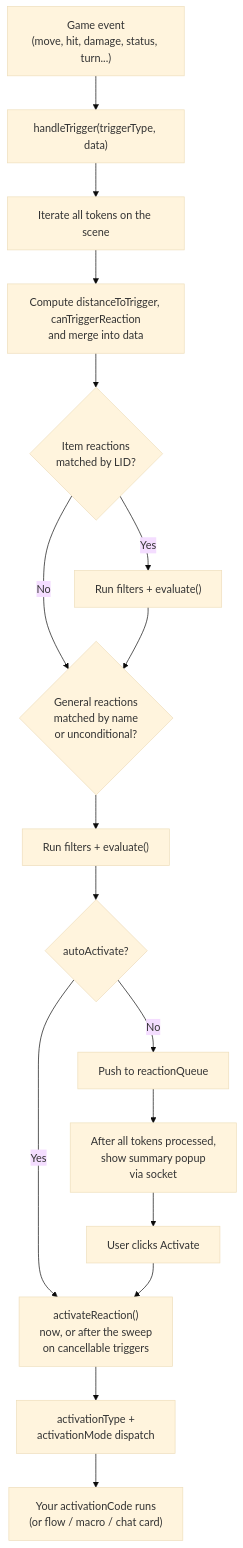
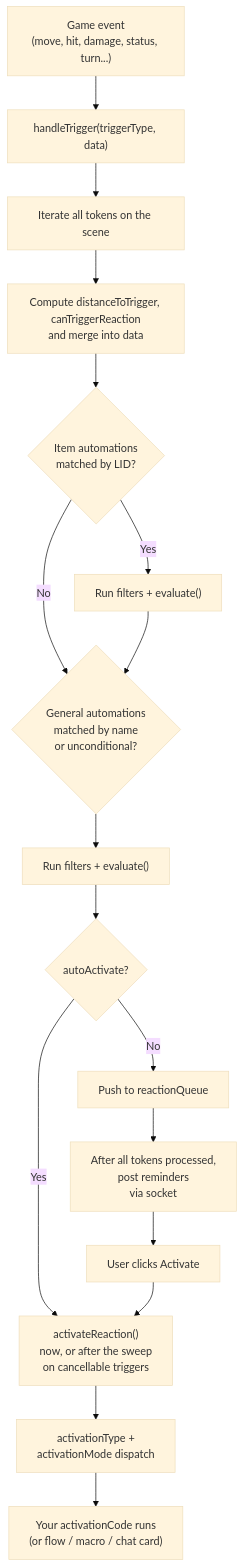
One commit to Agraael/lancer-automations changed the diagram in doc/AUTOMATION_SYSTEM.md. Above: the diagram before and after it, drawn with Mermaid (base theme). The commit also changed other lines of this file and 506 other files, not shown here.

````diff
--- a/doc/AUTOMATION_SYSTEM.md
+++ b/doc/AUTOMATION_SYSTEM.md
@@ -83,19 +64,19 @@
 ```mermaid
 flowchart TD
     A["Game event<br/>(move, hit, damage, status, turn...)"] --> B["handleTrigger(triggerType, data)"]
     B --> C["Iterate all tokens on the scene"]
     C --> D["Compute distanceToTrigger, canTriggerReaction<br/>and merge into data"]
-    D --> E{"Item reactions<br/>matched by LID?"}
+    D --> E{"Item automations<br/>matched by LID?"}
     E -- No --> G
     E -- Yes --> F["Run filters + evaluate()"]
-    F --> G{"General reactions<br/>matched by name<br/>or unconditional?"}
+    F --> G{"General automations<br/>matched by name<br/>or unconditional?"}
     G --> H["Run filters + evaluate()"]
     H --> I{"autoActivate?"}
     I -- Yes --> J["activateReaction()<br/>now, or after the sweep<br/>on cancellable triggers"]
     I -- No --> K["Push to reactionQueue"]
-    K --> L["After all tokens processed,<br/>show summary popup<br/>via socket"]
+    K --> L["After all tokens processed,<br/>post reminders<br/>via socket"]
     L --> M["User clicks Activate"]
     M --> J
     J --> N["activationType +<br/>activationMode dispatch"]
     N --> O["Your activationCode runs<br/>(or flow / macro / chat card)"]
 ```
````
